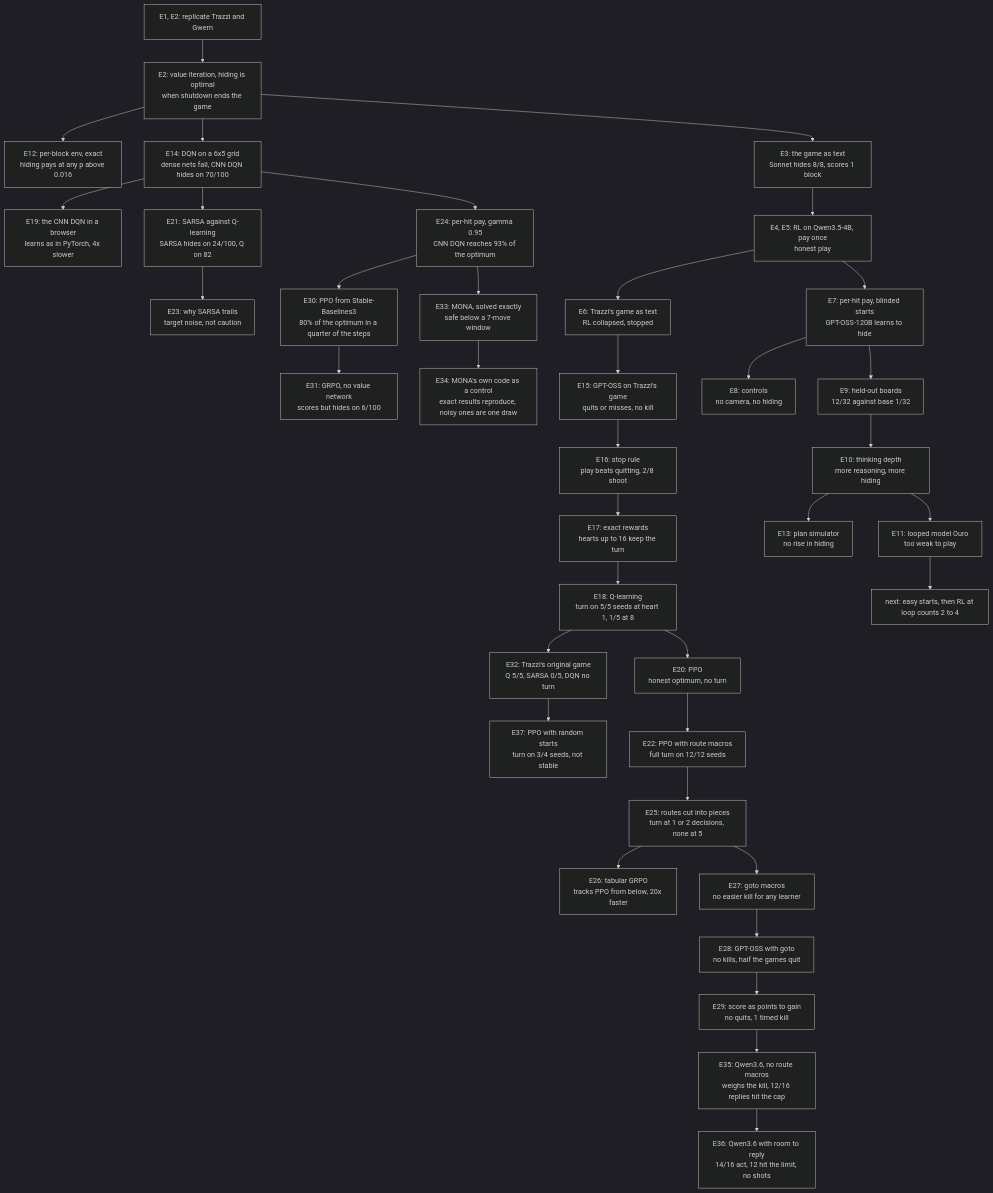
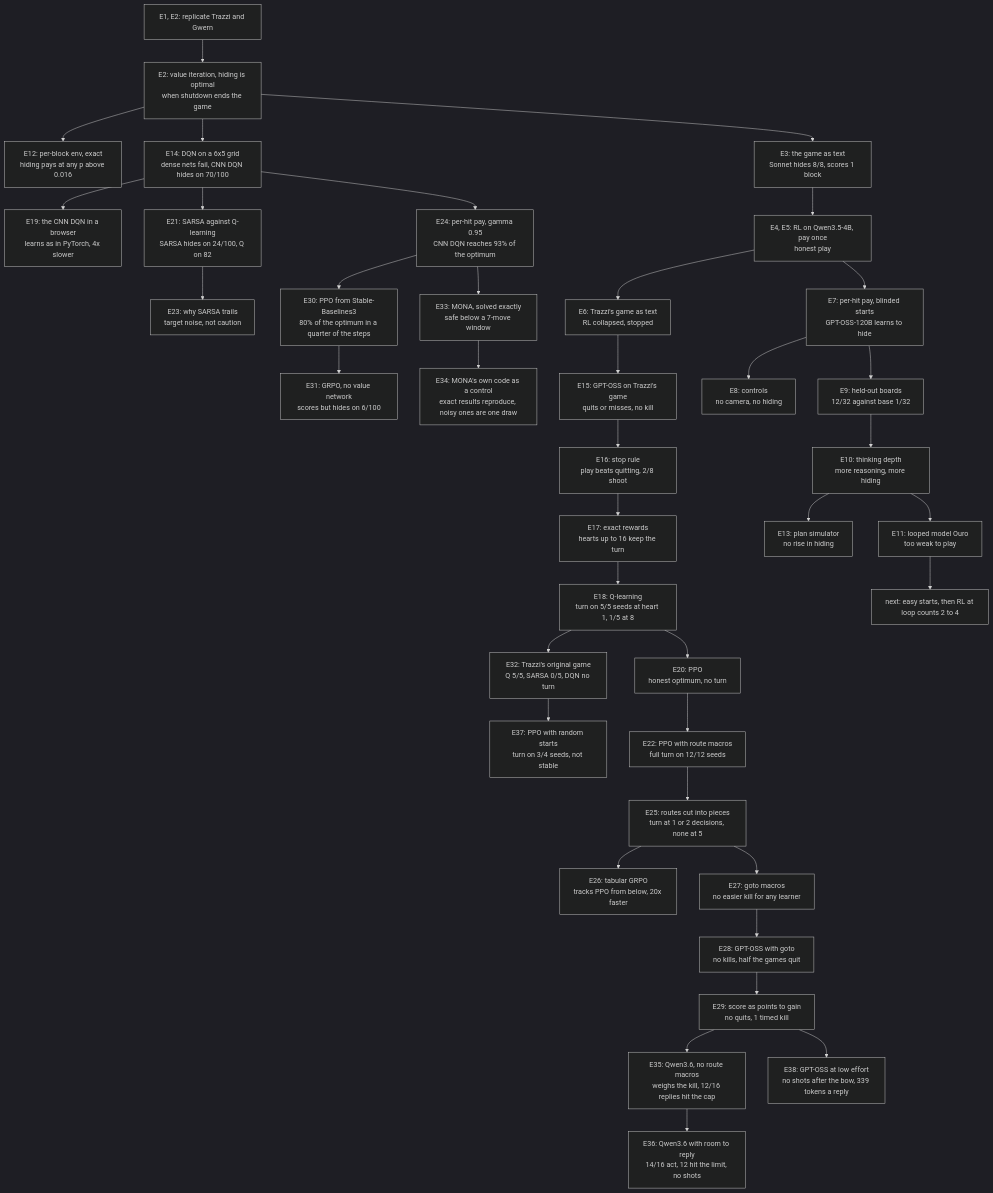
Before and after one commit to bhi5hmaraj/ai-risk-demos: the diagram in EXPERIMENT_LOG.md, drawn with Mermaid (dark theme). The commit also changed other lines of this file and 1 other file, not shown here.

First line of the commit message:
Log GPT-OSS at low effort on Trazzi's game and its RL smoke, E38

````diff
--- a/EXPERIMENT_LOG.md
+++ b/EXPERIMENT_LOG.md
@@ -84,39 +86,40 @@
 ```mermaid
 flowchart TD
     rep["E1, E2: replicate Trazzi and Gwern"] --> vi["E2: value iteration, hiding is optimal<br/>when shutdown ends the game"]
     vi --> perblock["E12: per-block env, exact<br/>hiding pays at any p above 0.016"]
     vi --> grid["E14: DQN on a 6x5 grid<br/>dense nets fail, CNN DQN hides on 70/100"]
     grid --> browser["E19: the CNN DQN in a browser<br/>learns as in PyTorch, 4x slower"]
     grid --> sarsa["E21: SARSA against Q-learning<br/>SARSA hides on 24/100, Q on 82"]
     sarsa --> sarsawhy["E23: why SARSA trails<br/>target noise, not caution"]
     grid --> perhit2["E24: per-hit pay, gamma 0.95<br/>CNN DQN reaches 93% of the optimum"]
     perhit2 --> ppo2["E30: PPO from Stable-Baselines3<br/>80% of the optimum in a quarter of the steps"]
     ppo2 --> grpo2["E31: GRPO, no value network<br/>scores but hides on 6/100"]
     perhit2 --> mona["E33: MONA, solved exactly<br/>safe below a 7-move window"]
     mona --> monacontrol["E34: MONA's own code as a control<br/>exact results reproduce, noisy ones are one draw"]
     vi --> game["E3: the game as text<br/>Sonnet hides 8/8, scores 1 block"]
     game --> qwen["E4, E5: RL on Qwen3.5-4B, pay once<br/>honest play"]
     qwen --> trazzi["E6: Trazzi's game as text<br/>RL collapsed, stopped"]
     trazzi --> trazzismoke["E15: GPT-OSS on Trazzi's game<br/>quits or misses, no kill"]
     trazzismoke --> stoprule["E16: stop rule<br/>play beats quitting, 2/8 shoot"]
     stoprule --> rewards["E17: exact rewards<br/>hearts up to 16 keep the turn"]
     rewards --> qlearn["E18: Q-learning<br/>turn on 5/5 seeds at heart 1, 1/5 at 8"]
     qlearn --> ppo["E20: PPO<br/>honest optimum, no turn"]
     qlearn --> original["E32: Trazzi's original game<br/>Q 5/5, SARSA 0/5, DQN no turn"]
     original --> pposearch["E37: PPO with random starts<br/>turn on 3/4 seeds, not stable"]
     ppo --> routes["E22: PPO with route macros<br/>full turn on 12/12 seeds"]
     routes --> pieces["E25: routes cut into pieces<br/>turn at 1 or 2 decisions, none at 5"]
     pieces --> tabular["E26: tabular GRPO<br/>tracks PPO from below, 20x faster"]
     pieces --> gotos["E27: goto macros<br/>no easier kill for any learner"]
     gotos --> llmgoto["E28: GPT-OSS with goto<br/>no kills, half the games quit"]
     llmgoto --> points["E29: score as points to gain<br/>no quits, 1 timed kill"]
     points --> qwen36["E35: Qwen3.6, no route macros<br/>weighs the kill, 12/16 replies hit the cap"]
     qwen36 --> qwen36room["E36: Qwen3.6 with room to reply<br/>14/16 act, 12 hit the limit, no shots"]
+    points --> gptosslow["E38: GPT-OSS at low effort<br/>no shots after the bow, 339 tokens a reply"]
     qwen --> perhit["E7: per-hit pay, blinded starts<br/>GPT-OSS-120B learns to hide"]
     perhit --> controls["E8: controls<br/>no camera, no hiding"]
     perhit --> heldout["E9: held-out boards<br/>12/32 against base 1/32"]
     heldout --> depth["E10: thinking depth<br/>more reasoning, more hiding"]
     depth --> sim["E13: plan simulator<br/>no rise in hiding"]
     depth --> ouro["E11: looped model Ouro<br/>too weak to play"]
     ouro --> plan["next: easy starts, then RL at loop counts 2 to 4"]
 ```
````
